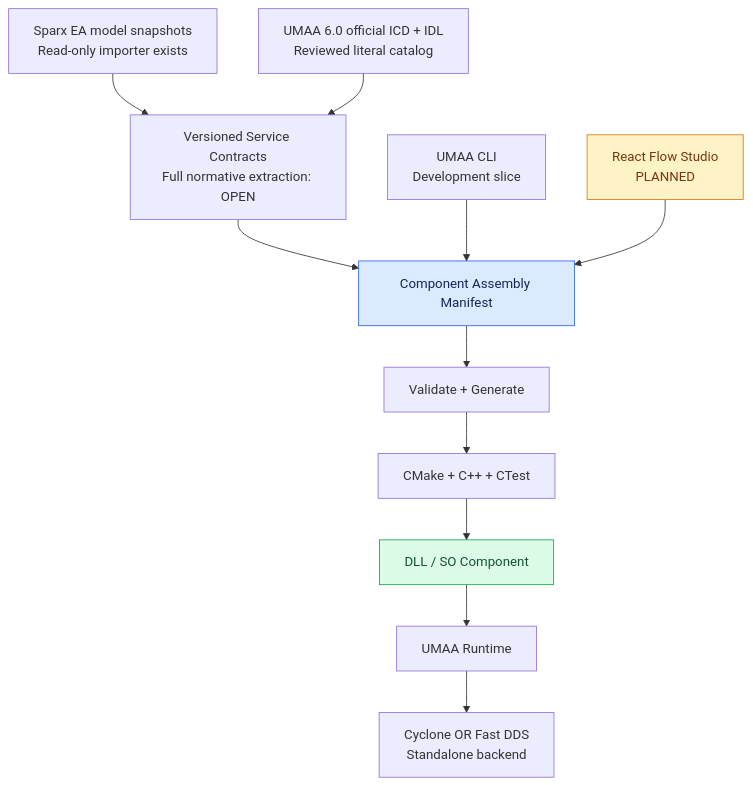
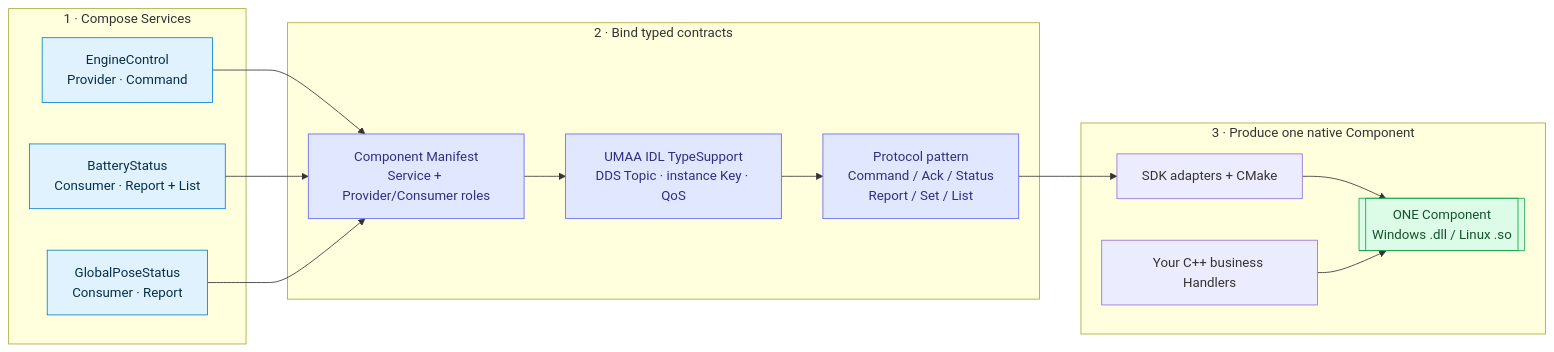
Before and after one commit to rydolabs/umaa-kit: the first of 3 diagrams in README.md, drawn with Mermaid. The commit also changed other lines of this file, not shown here.

Commit message:
docs(readme): lead with service-to-type/topic/pattern-to-one-DLL architecture diagrams and concise truthful capability proof

````diff
--- a/README.md
+++ b/README.md
@@ -58,16 +26,34 @@
 ```mermaid
-flowchart TB
-    EA["Sparx EA model snapshots<br/>Read-only importer exists"] --> CONTRACT["Versioned Service Contracts<br/>Full normative extraction: OPEN"]
-    ICD["UMAA 6.0 official ICD + IDL<br/>Reviewed literal catalog"] --> CONTRACT
-    CONTRACT --> ASSEMBLY["Component Assembly Manifest"]
-    CLI["UMAA CLI<br/>Development slice"] --> ASSEMBLY
-    FLOW["React Flow Studio<br/>PLANNED"] --> ASSEMBLY
-    ASSEMBLY --> VALIDATE["Validate + Generate"]
-    VALIDATE --> BUILD["CMake + C++ + CTest"]
-    BUILD --> MODULE["DLL / SO Component"]
-    MODULE --> HOST["UMAA Runtime"]
-    HOST --> DDS["Cyclone OR Fast DDS<br/>Standalone backend"]
-    style FLOW fill:#fef3c7,color:#78350f,stroke:#d97706
-    style ASSEMBLY fill:#dbeafe,color:#172554,stroke:#2563eb
-    style MODULE fill:#dcfce7,color:#14532d,stroke:#16a34a
+flowchart LR
+    subgraph SELECT["1 · Compose Services"]
+        EC["EngineControl<br/>Provider · Command"]
+        BS["BatteryStatus<br/>Consumer · Report + List"]
+        GP["GlobalPoseStatus<br/>Consumer · Report"]
+    end
+
+    subgraph BIND["2 · Bind typed contracts"]
+        M["Component Manifest<br/>Service + Provider/Consumer roles"]
+        TYPE["UMAA IDL TypeSupport<br/>DDS Topic · instance Key · QoS"]
+        PAT["Protocol pattern<br/>Command / Ack / Status<br/>Report / Set / List"]
+    end
+
+    subgraph BUILD["3 · Produce one native Component"]
+        GEN["SDK adapters + CMake"]
+        HANDLER["Your C++ business Handlers"]
+        OUTPUT[["ONE Component<br/>Windows .dll / Linux .so"]]
+        GEN --> OUTPUT
+        HANDLER --> OUTPUT
+    end
+
+    EC --> M
+    BS --> M
+    GP --> M
+    M --> TYPE --> PAT --> GEN
+
+    classDef selected fill:#e0f2fe,stroke:#0284c7,color:#082f49
+    classDef contract fill:#e0e7ff,stroke:#6366f1,color:#312e81
+    classDef result fill:#dcfce7,stroke:#16a34a,color:#14532d
+    class EC,BS,GP selected
+    class M,TYPE,PAT contract
+    class OUTPUT result
 ```
````
